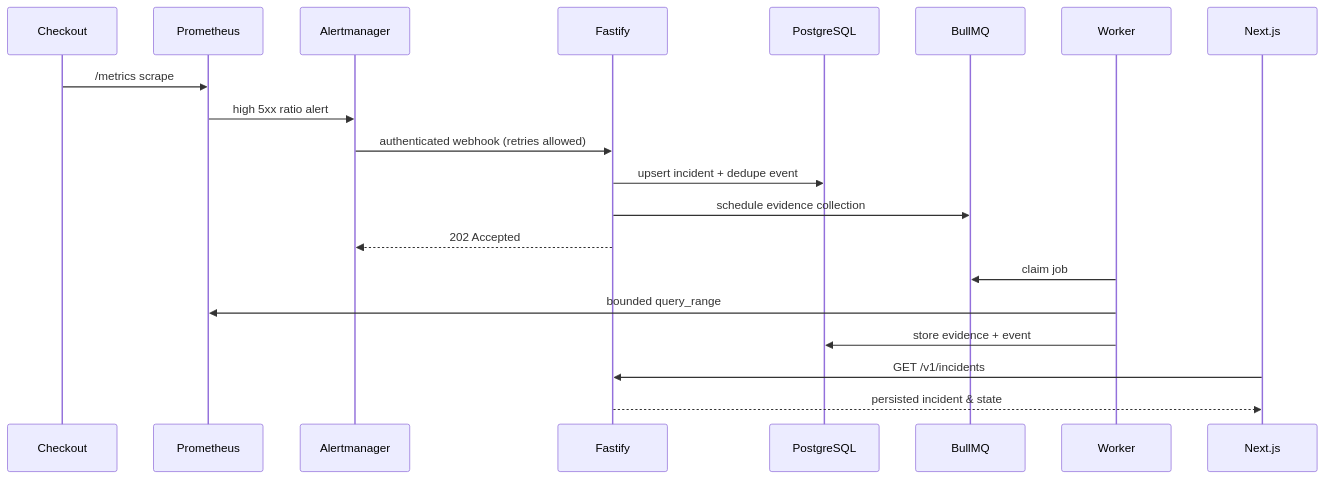
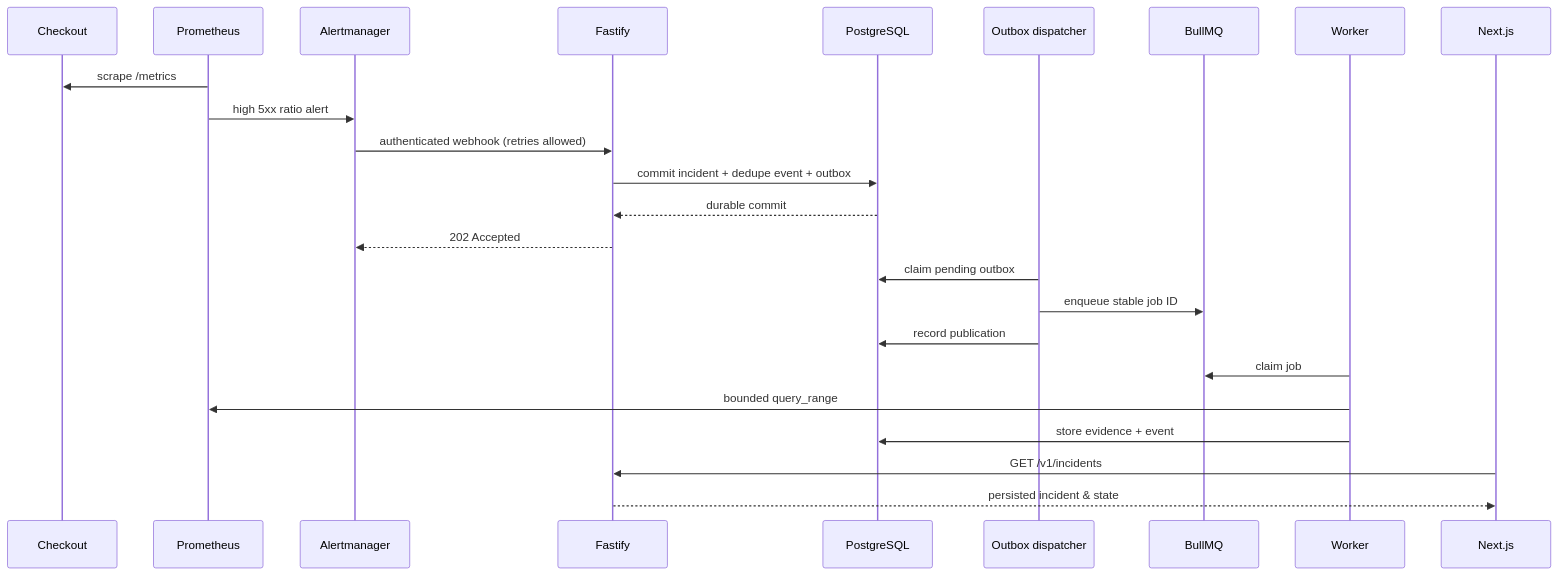
The first of 2 diagrams in docs/ARCHITECTURE.md (chandrakantdubey/project-reanimate), drawn with Mermaid before and after one commit. The commit also changed other lines of this file and 15 other files, not shown here.

````diff
--- a/docs/ARCHITECTURE.md
+++ b/docs/ARCHITECTURE.md
@@ -11,22 +11,26 @@
 ```mermaid
 sequenceDiagram
   participant Checkout
   participant Prom as Prometheus
   participant AM as Alertmanager
   participant API as Fastify
   participant DB as PostgreSQL
+  participant D as Outbox dispatcher
   participant Q as BullMQ
   participant W as Worker
   participant UI as Next.js
-  Checkout->>Prom: /metrics scrape
+  Prom->>Checkout: scrape /metrics
   Prom->>AM: high 5xx ratio alert
   AM->>API: authenticated webhook (retries allowed)
-  API->>DB: upsert incident + dedupe event
-  API->>Q: schedule evidence collection
+  API->>DB: commit incident + dedupe event + outbox
+  DB-->>API: durable commit
   API-->>AM: 202 Accepted
+  D->>DB: claim pending outbox
+  D->>Q: enqueue stable job ID
+  D->>DB: record publication
   W->>Q: claim job
   W->>Prom: bounded query_range
   W->>DB: store evidence + event
   UI->>API: GET /v1/incidents
   API-->>UI: persisted incident & state
 ```
````
